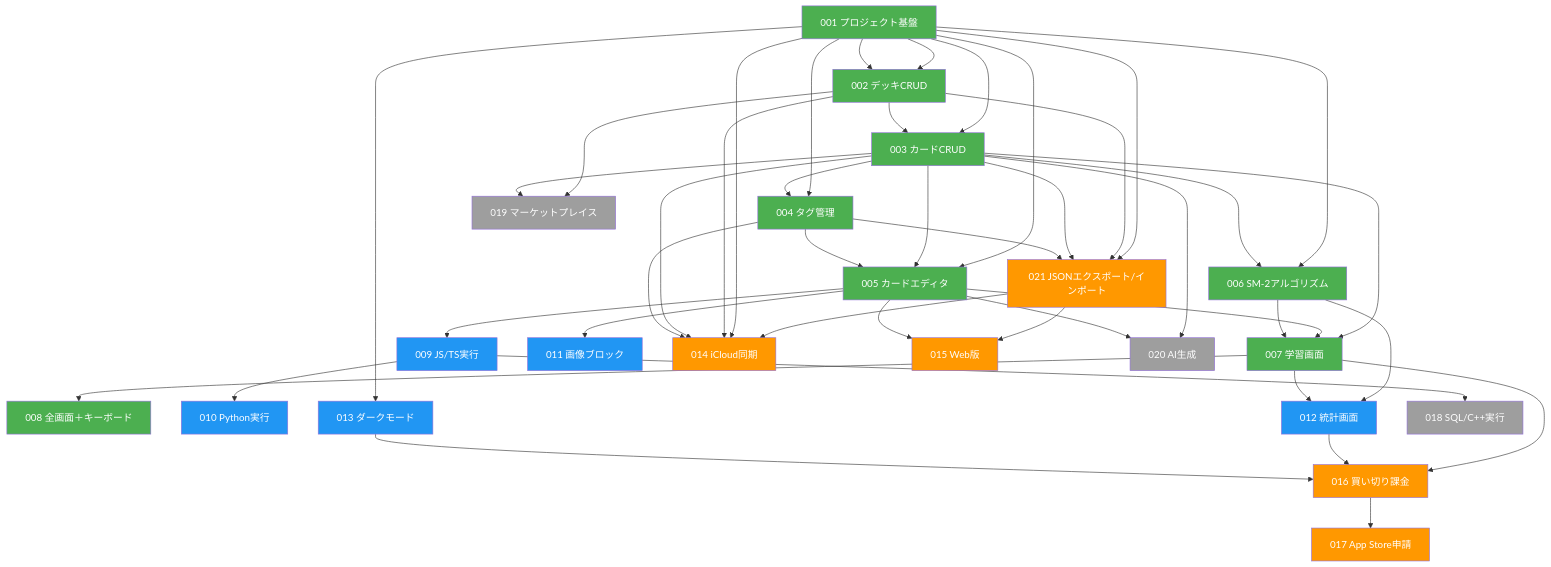
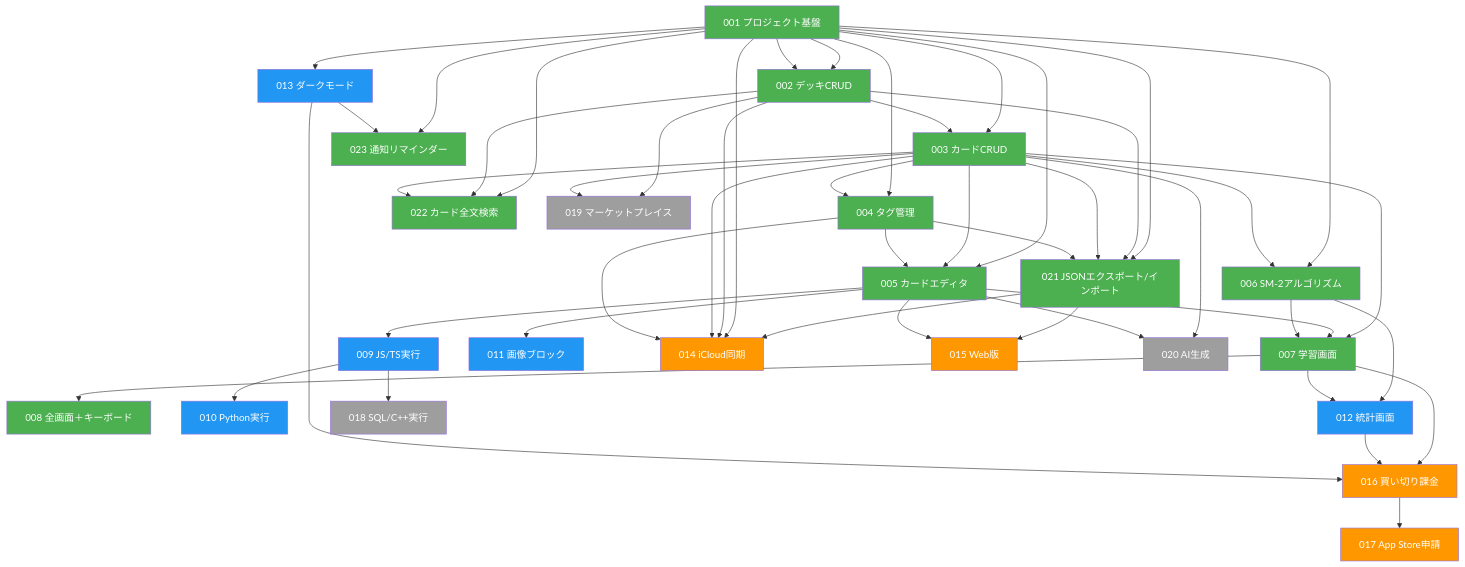
One commit to JJJ-24/CodeFlash changed the diagram in docs/000-ticket-overview.md. Above: the diagram before and after it, drawn with Mermaid. The commit also changed other lines of this file and 2 other files, not shown here.

Commit message:
docsにファイル（検索機能・通知機能）追加

```diff
--- a/docs/000-ticket-overview.md
+++ b/docs/000-ticket-overview.md
@@ -86,6 +88,13 @@
     021 --> 014
     021 --> 015
 
+    001 --> 022[022 カード全文検索]
+    002 --> 022
+    003 --> 022
+
+    001 --> 023[023 通知リマインダー]
+    013 --> 023
+
     001 --> 014[014 iCloud同期]
     002 --> 014
     003 --> 014
@@ -124,7 +133,9 @@
     style 015 fill:#FF9800,color:#fff
     style 016 fill:#FF9800,color:#fff
     style 017 fill:#FF9800,color:#fff
-    style 021 fill:#FF9800,color:#fff
+    style 021 fill:#4CAF50,color:#fff
+    style 022 fill:#4CAF50,color:#fff
+    style 023 fill:#4CAF50,color:#fff
     style 018 fill:#9E9E9E,color:#fff
     style 019 fill:#9E9E9E,color:#fff
     style 020 fill:#9E9E9E,color:#fff
```
